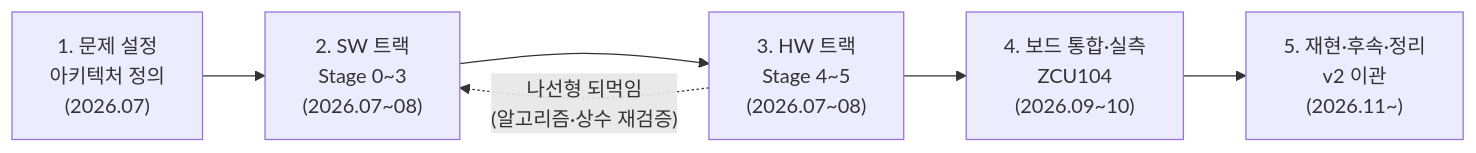
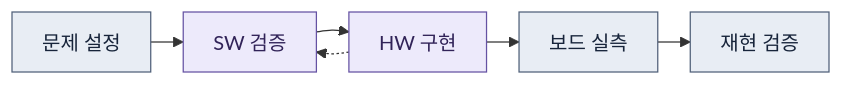
The fourth of 6 diagrams in Description.md (haengmini/dfxisp_v2), drawn with Mermaid before and after one commit. The commit also changed other lines of this file, not shown here.

Commit message:
figure upgrade

````diff
--- a/Description.md
+++ b/Description.md
@@ -163,11 +192,20 @@
 ```mermaid
+---
+config:
+  flowchart:
+    rankSpacing: 26
+    padding: 12
+---
 flowchart LR
-    S1["1. 문제 설정\n아키텍처 정의\n(2026.07)"]
-    S2["2. SW 트랙\nStage 0~3\n(2026.07~08)"]
-    S3["3. HW 트랙\nStage 4~5\n(2026.07~08)"]
-    S4["4. 보드 통합·실측\nZCU104\n(2026.09~10)"]
-    S5["5. 재현·후속·정리\nv2 이관\n(2026.11~)"]
+    S1["문제 설정"]:::milestone
+    S2["SW 검증"]:::iteration
+    S3["HW 구현"]:::iteration
+    S4["보드 실측"]:::milestone
+    S5["재현 검증"]:::milestone
 
     S1 --> S2 --> S3 --> S4 --> S5
-    S3 -.->|"나선형 되먹임\n(알고리즘·상수 재검증)"| S2
+    S3 -.-> S2
+
+    classDef milestone fill:#e8edf4,stroke:#506079,color:#17243a
+    classDef iteration fill:#edeafb,stroke:#6552a3,color:#312358
 ```
````
